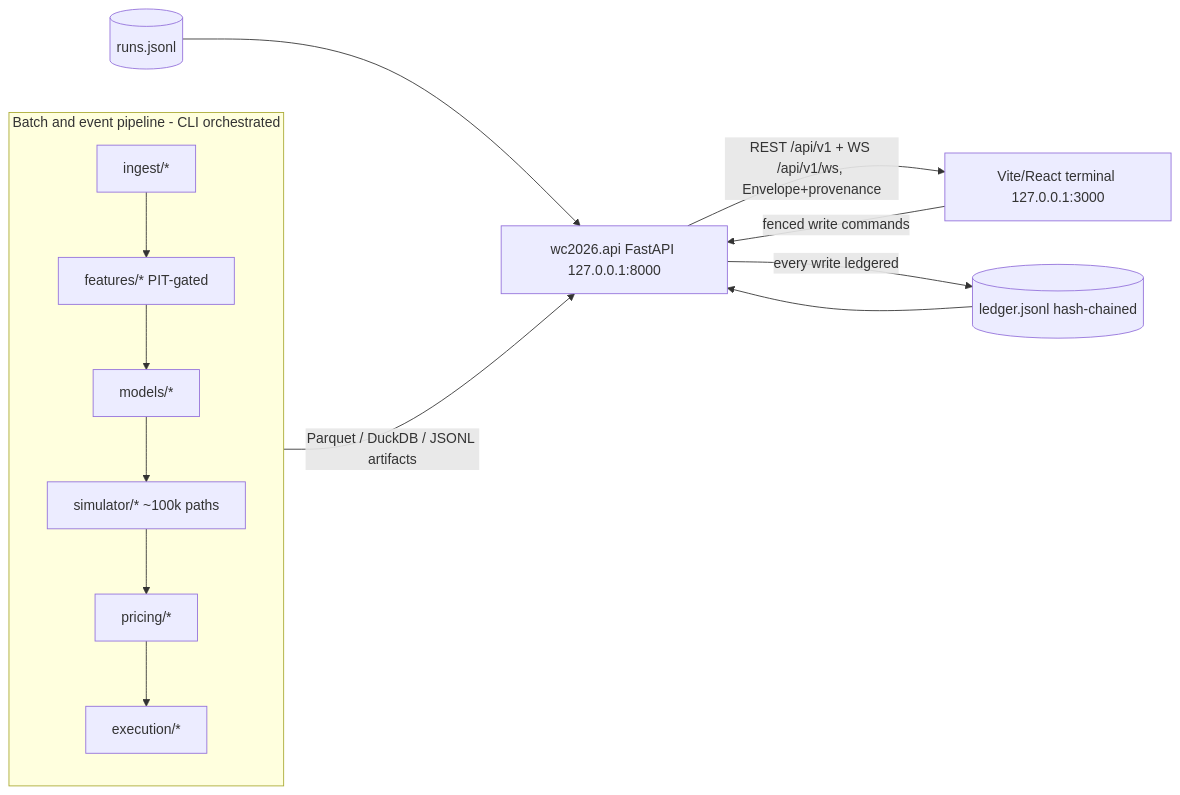
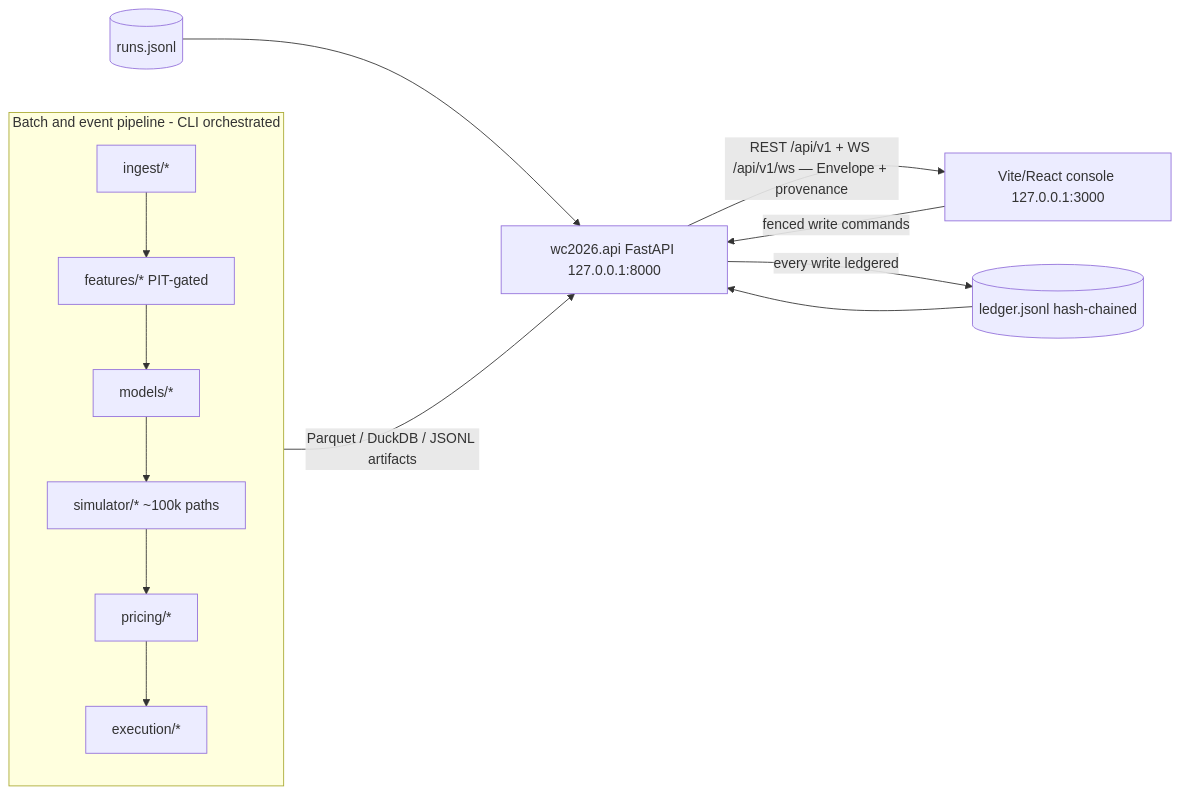
The diagram in docs/api-surface.md (shreejitverma/wc2026-quant-prediction-system), drawn with Mermaid before and after one commit. The commit also changed other lines of this file and 8 other files, not shown here.

````diff
--- a/docs/api-surface.md
+++ b/docs/api-surface.md
@@ -11,16 +39,16 @@
 ```mermaid
 flowchart LR
     subgraph pipeline [Batch and event pipeline - CLI orchestrated]
         ING[ingest/*] --> FEAT[features/* PIT-gated]
         FEAT --> MOD[models/*]
         MOD --> SIM[simulator/* ~100k paths]
         SIM --> PRC[pricing/*]
         PRC --> EXE[execution/*]
     end
     pipeline -->|Parquet / DuckDB / JSONL artifacts| API[wc2026.api FastAPI 127.0.0.1:8000]
     LED[(ledger.jsonl hash-chained)] --> API
     RUNS[(runs.jsonl)] --> API
-    API -->|REST /api/v1 + WS /api/v1/ws, Envelope+provenance| FE[Vite/React terminal 127.0.0.1:3000]
+    API -->|REST /api/v1 + WS /api/v1/ws — Envelope + provenance| FE[Vite/React console 127.0.0.1:3000]
     FE -->|fenced write commands| API
     API -->|every write ledgered| LED
 ```
````
